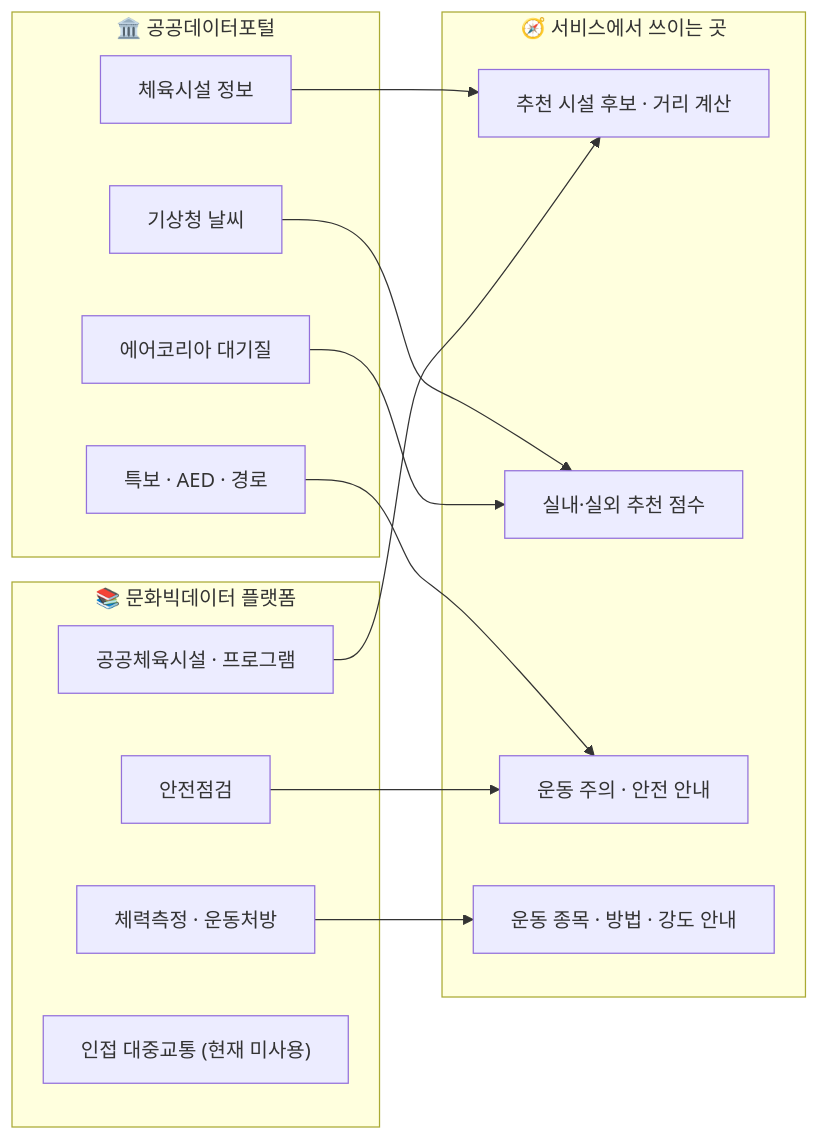
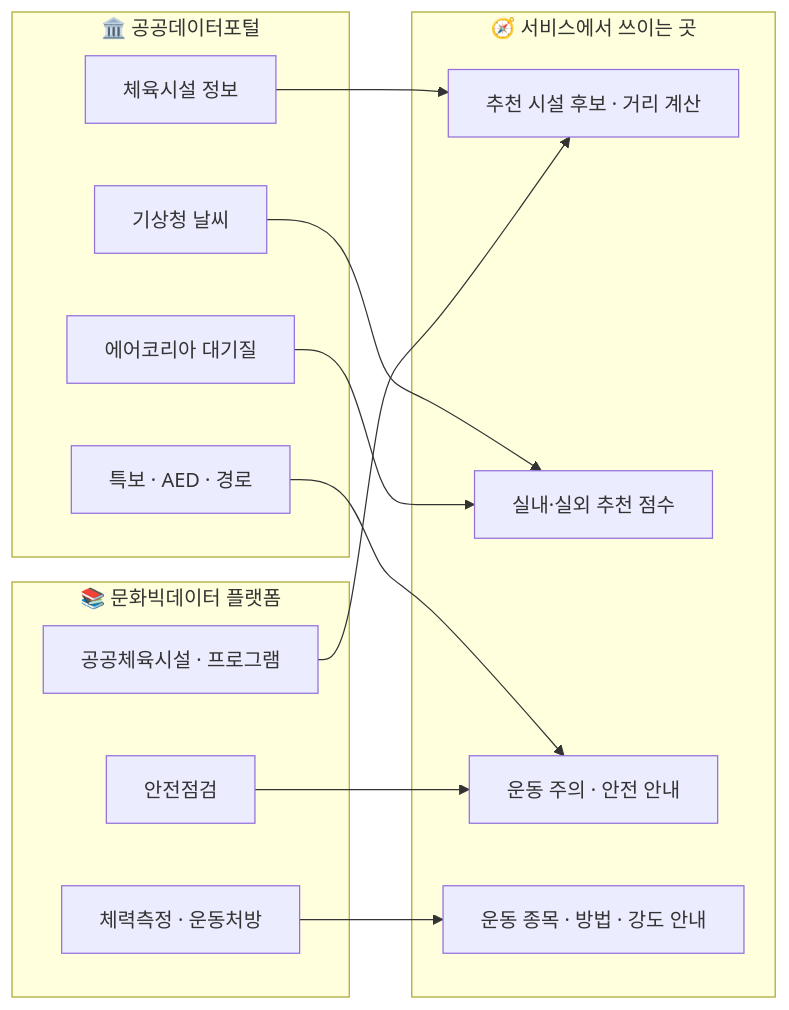
Before and after one commit to encore-ai-campus/mlo-02-p1-team3: the third of 19 diagrams in README.md, drawn with Mermaid. The commit also changed other lines of this file, not shown here.

````diff
--- a/README.md
+++ b/README.md
@@ -198,28 +197,27 @@
 ```mermaid
 flowchart LR
     subgraph P["🏛️ 공공데이터포털"]
         P1["체육시설 정보"]
         P2["기상청 날씨"]
         P3["에어코리아 대기질"]
         P4["특보 · AED · 경로"]
     end
     subgraph C["📚 문화빅데이터 플랫폼"]
         C1["공공체육시설 · 프로그램"]
         C2["안전점검"]
         C3["체력측정 · 운동처방"]
-        C4["인접 대중교통 (현재 미사용)"]
     end
     subgraph U["🧭 서비스에서 쓰이는 곳"]
         U1["추천 시설 후보 · 거리 계산"]
         U2["실내·실외 추천 점수"]
         U3["운동 주의 · 안전 안내"]
         U4["운동 종목 · 방법 · 강도 안내"]
     end
     P1 --> U1
     P2 --> U2
     P3 --> U2
     P4 --> U3
     C1 --> U1
     C2 --> U3
     C3 --> U4
 ```
````
